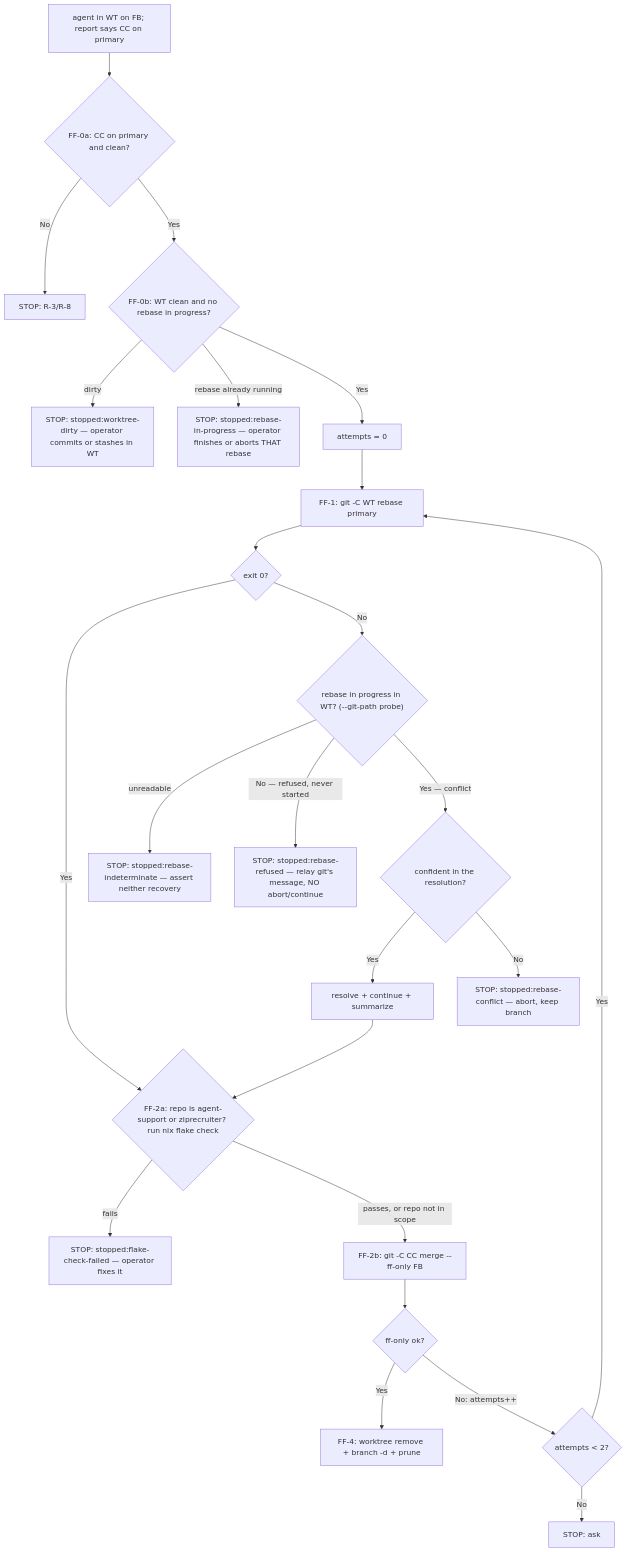
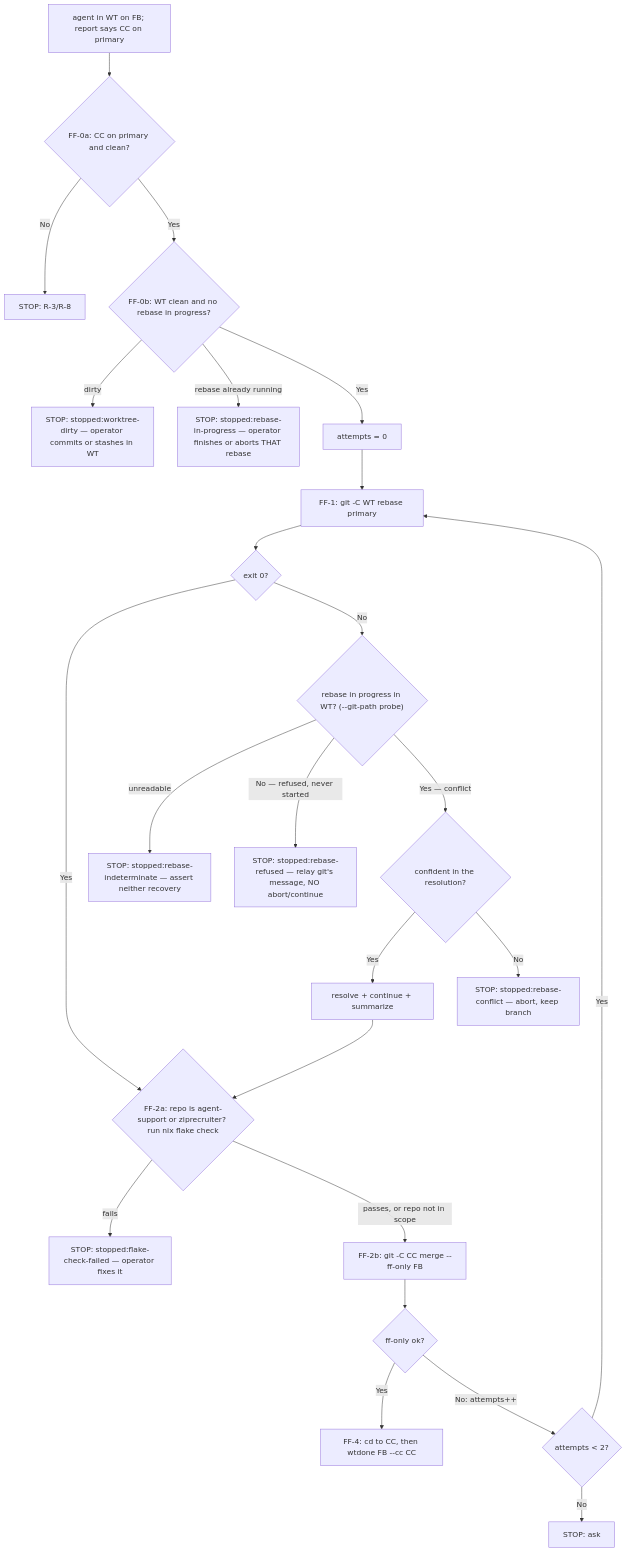
The diagram in claude-marketplace/integrate-branch/skills/ff-merge-to-main/SKILL.md (phillipgreenii/nix-agent-support), drawn with Mermaid before and after one commit. The commit also changed other lines of this file and 15 other files, not shown here.

First line of the commit message:
Add wtdone: guarded worktree teardown; migrate callers to use it

````diff
--- a/claude-marketplace/integrate-branch/skills/ff-merge-to-main/SKILL.md
+++ b/claude-marketplace/integrate-branch/skills/ff-merge-to-main/SKILL.md
@@ -329,25 +335,25 @@
 ```mermaid
 flowchart TD
     A["agent in WT on FB; report says CC on primary"] --> F0A{"FF-0a: CC on primary and clean?"}
     F0A -->|No| S0["STOP: R-3/R-8"]
     F0A -->|Yes| F0B{"FF-0b: WT clean and no rebase in progress?"}
     F0B -->|"dirty"| S3["STOP: stopped:worktree-dirty — operator commits or stashes in WT"]
     F0B -->|"rebase already running"| S6["STOP: stopped:rebase-in-progress — operator finishes or aborts THAT rebase"]
     F0B -->|Yes| INIT["attempts = 0"]
     INIT --> B["FF-1: git -C WT rebase primary"]
     B --> C{"exit 0?"}
     C -->|Yes| F2A{"FF-2a: repo is agent-support or ziprecruiter? run nix flake check"}
     C -->|No| P{"rebase in progress in WT? (--git-path probe)"}
     P -->|"unreadable"| S4["STOP: stopped:rebase-indeterminate — assert neither recovery"]
     P -->|"No — refused, never started"| S5["STOP: stopped:rebase-refused — relay git's message, NO abort/continue"]
     P -->|"Yes — conflict"| C2{"confident in the resolution?"}
     C2 -->|Yes| D["resolve + continue + summarize"] --> F2A
     C2 -->|No| S1["STOP: stopped:rebase-conflict — abort, keep branch"]
     F2A -->|"fails"| S11["STOP: stopped:flake-check-failed — operator fixes it"]
     F2A -->|"passes, or repo not in scope"| G["FF-2b: git -C CC merge --ff-only FB"]
     G --> H{"ff-only ok?"}
-    H -->|Yes| I["FF-4: worktree remove + branch -d + prune"]
+    H -->|Yes| I["FF-4: cd to CC, then wtdone FB --cc CC"]
     H -->|"No: attempts++"| J{"attempts < 2?"}
     J -->|Yes| B
     J -->|No| S2["STOP: ask"]
 ```
````
